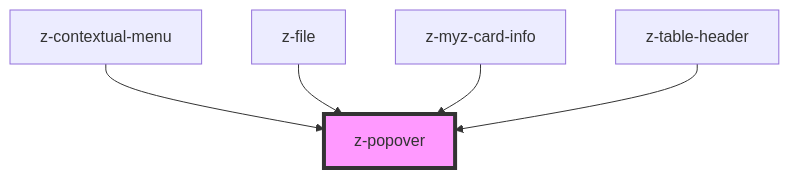
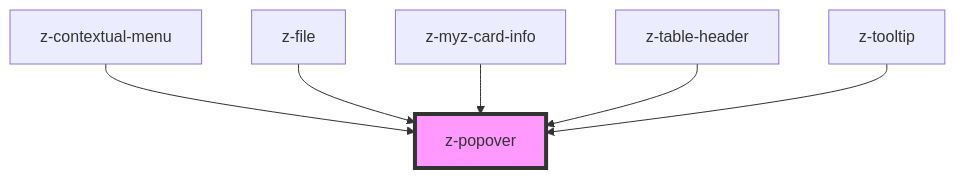
One commit to ZanichelliEditore/design-system changed the diagram in src/components/z-popover/readme.md. Above: the diagram before and after it, drawn with Mermaid. The commit also changed other lines of this file and 6 other files, not shown here.

````diff
--- a/src/components/z-popover/readme.md
+++ b/src/components/z-popover/readme.md
@@ -51,8 +52,9 @@
 ```mermaid
 graph TD;
   z-contextual-menu --> z-popover
   z-file --> z-popover
   z-myz-card-info --> z-popover
   z-table-header --> z-popover
+  z-tooltip --> z-popover
   style z-popover fill:#f9f,stroke:#333,stroke-width:4px
 ```
````
